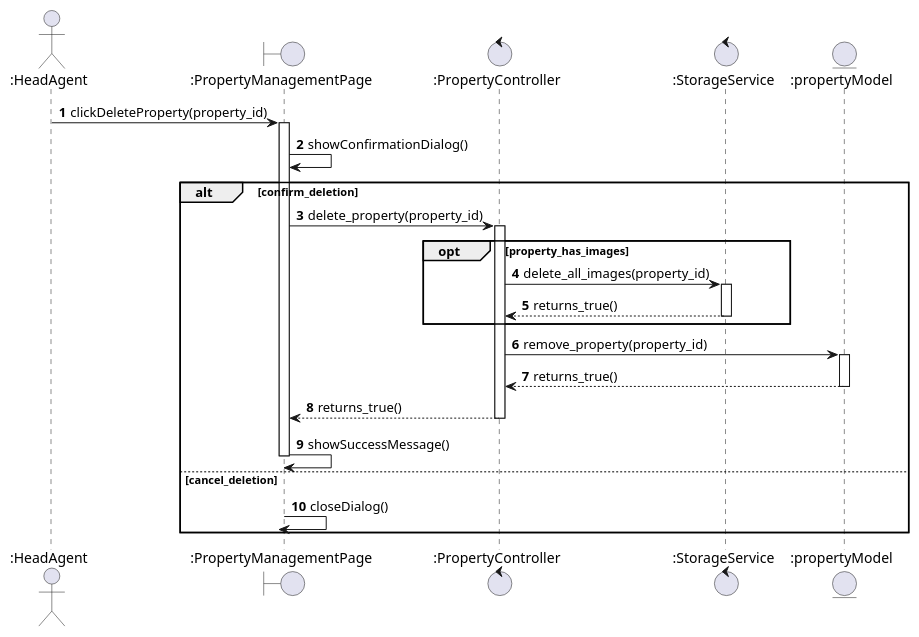
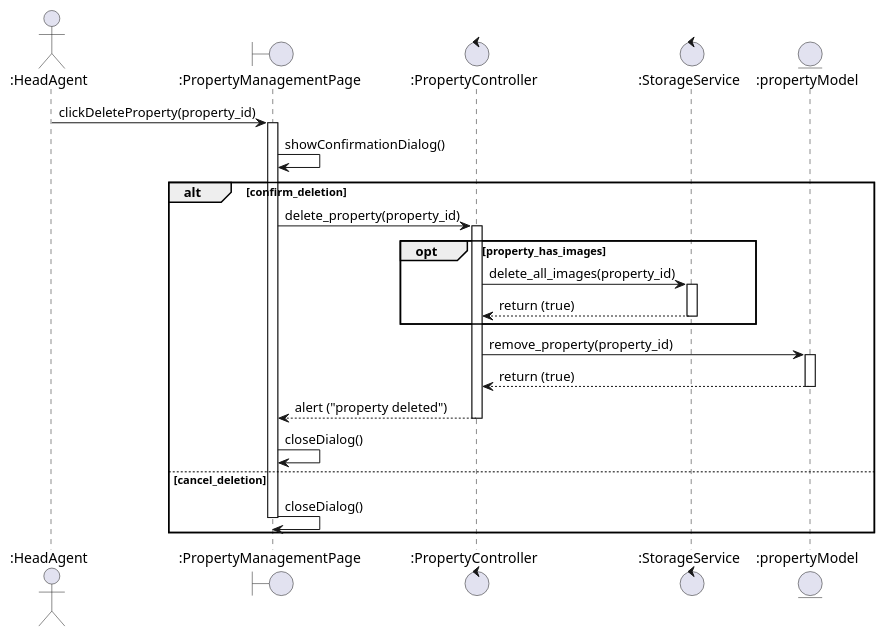
One commit to israhadjhassine/Graduation-Project-real-estate-automation changed the diagram in docs/sequence_diagram_delete_property.puml. Above: the diagram before and after it, drawn with PlantUML. The commit also changed 100 other files, not shown here.

```diff
--- a/docs/sequence_diagram_delete_property.puml
+++ b/docs/sequence_diagram_delete_property.puml
@@ -1,40 +1,39 @@
 @startuml
-autonumber
+
 
 actor ":HeadAgent" as HeadAgent
 boundary ":PropertyManagementPage" as PropertyManagementPage
 control ":PropertyController" as PropertyController
 control ":StorageService" as StorageService
 entity ":propertyModel" as propertyModel
 
 HeadAgent -> PropertyManagementPage : clickDeleteProperty(property_id)
 activate PropertyManagementPage
 
 PropertyManagementPage -> PropertyManagementPage : showConfirmationDialog()
 
 alt confirm_deletion
     PropertyManagementPage -> PropertyController : delete_property(property_id)
     activate PropertyController
     
     opt property_has_images
         PropertyController -> StorageService : delete_all_images(property_id)
         activate StorageService
-        StorageService --> PropertyController : returns_true()
+        StorageService --> PropertyController : return (true)
         deactivate StorageService
     end
     
     PropertyController -> propertyModel : remove_property(property_id)
     activate propertyModel
-    propertyModel --> PropertyController : returns_true()
+    propertyModel --> PropertyController : return (true)
     deactivate propertyModel
     
-    PropertyController --> PropertyManagementPage : returns_true()
+    PropertyController --> PropertyManagementPage : alert ("property deleted")
     deactivate PropertyController
     
-    PropertyManagementPage -> PropertyManagementPage : showSuccessMessage()
-    deactivate PropertyManagementPage
+    PropertyManagementPage -> PropertyManagementPage : closeDialog()
 else cancel_deletion
     PropertyManagementPage -> PropertyManagementPage : closeDialog()
     deactivate PropertyManagementPage
 end
 @enduml
```
